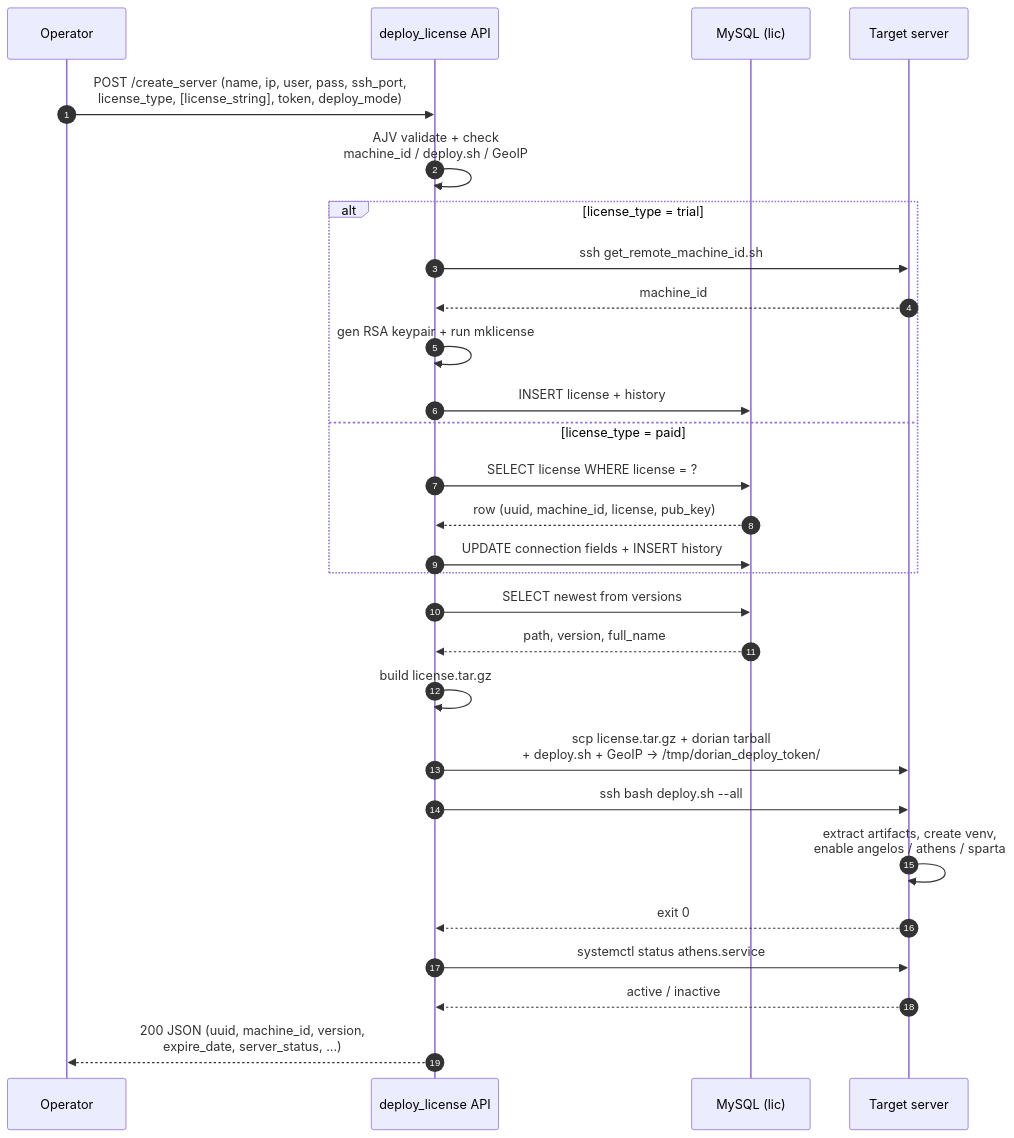
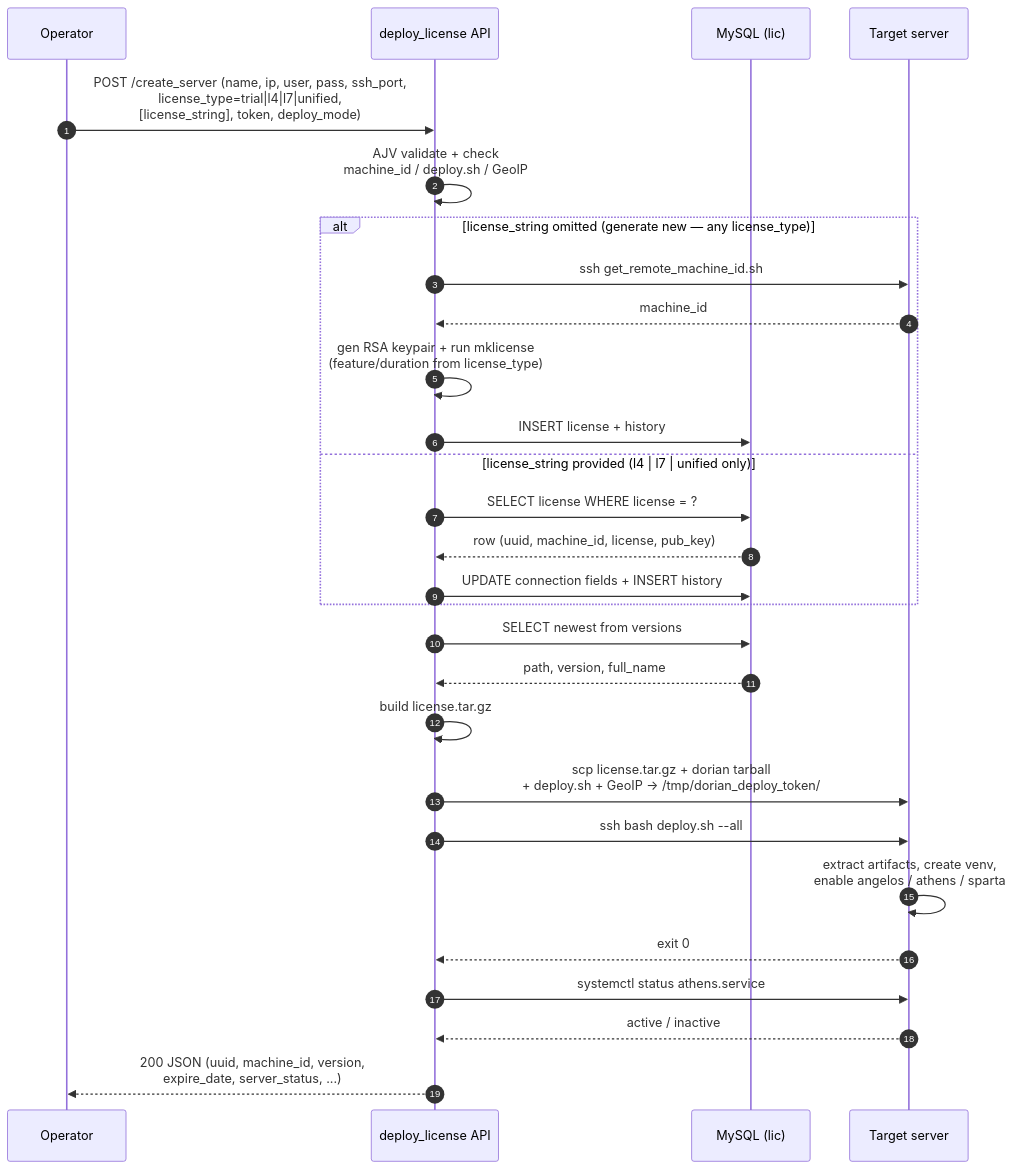
Before and after one commit to Bit-Warrior-X/deploy_license: the second of 3 diagrams in WORKFLOW.md, drawn with Mermaid. The commit also changed other lines of this file and 6 other files, not shown here.

Commit message:
update license type as Trial, L4, L7 And Unified

````diff
--- a/WORKFLOW.md
+++ b/WORKFLOW.md
@@ -124,34 +138,34 @@
 ```mermaid
 sequenceDiagram
     autonumber
     participant Op as Operator
     participant API as deploy_license API
     participant DB as MySQL (lic)
     participant T as Target server
 
-    Op->>API: POST /create_server (name, ip, user, pass, ssh_port,<br/>license_type, [license_string], token, deploy_mode)
+    Op->>API: POST /create_server (name, ip, user, pass, ssh_port,<br/>license_type=trial|l4|l7|unified,<br/>[license_string], token, deploy_mode)
     API->>API: AJV validate + check<br/>machine_id / deploy.sh / GeoIP
 
-    alt license_type = trial
+    alt license_string omitted (generate new — any license_type)
         API->>T: ssh get_remote_machine_id.sh
         T-->>API: machine_id
-        API->>API: gen RSA keypair + run mklicense
+        API->>API: gen RSA keypair + run mklicense<br/>(feature/duration from license_type)
         API->>DB: INSERT license + history
-    else license_type = paid
+    else license_string provided (l4 | l7 | unified only)
         API->>DB: SELECT license WHERE license = ?
         DB-->>API: row (uuid, machine_id, license, pub_key)
         API->>DB: UPDATE connection fields + INSERT history
     end
 
     API->>DB: SELECT newest from versions
     DB-->>API: path, version, full_name
     API->>API: build license.tar.gz
 
     API->>T: scp license.tar.gz + dorian tarball<br/>+ deploy.sh + GeoIP -> /tmp/dorian_deploy_token/
     API->>T: ssh bash deploy.sh --all
     T->>T: extract artifacts, create venv,<br/>enable angelos / athens / sparta
     T-->>API: exit 0
     API->>T: systemctl status athens.service
     T-->>API: active / inactive
     API-->>Op: 200 JSON (uuid, machine_id, version,<br/>expire_date, server_status, ...)
 ```
````
